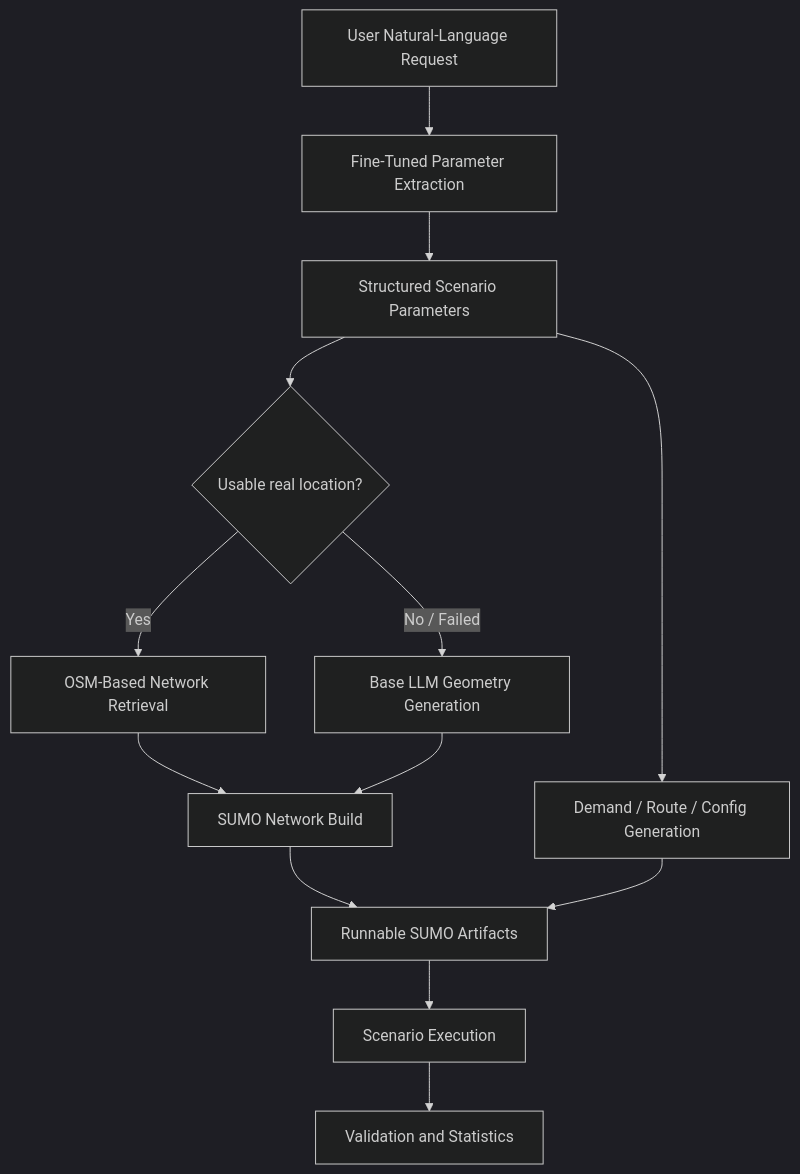
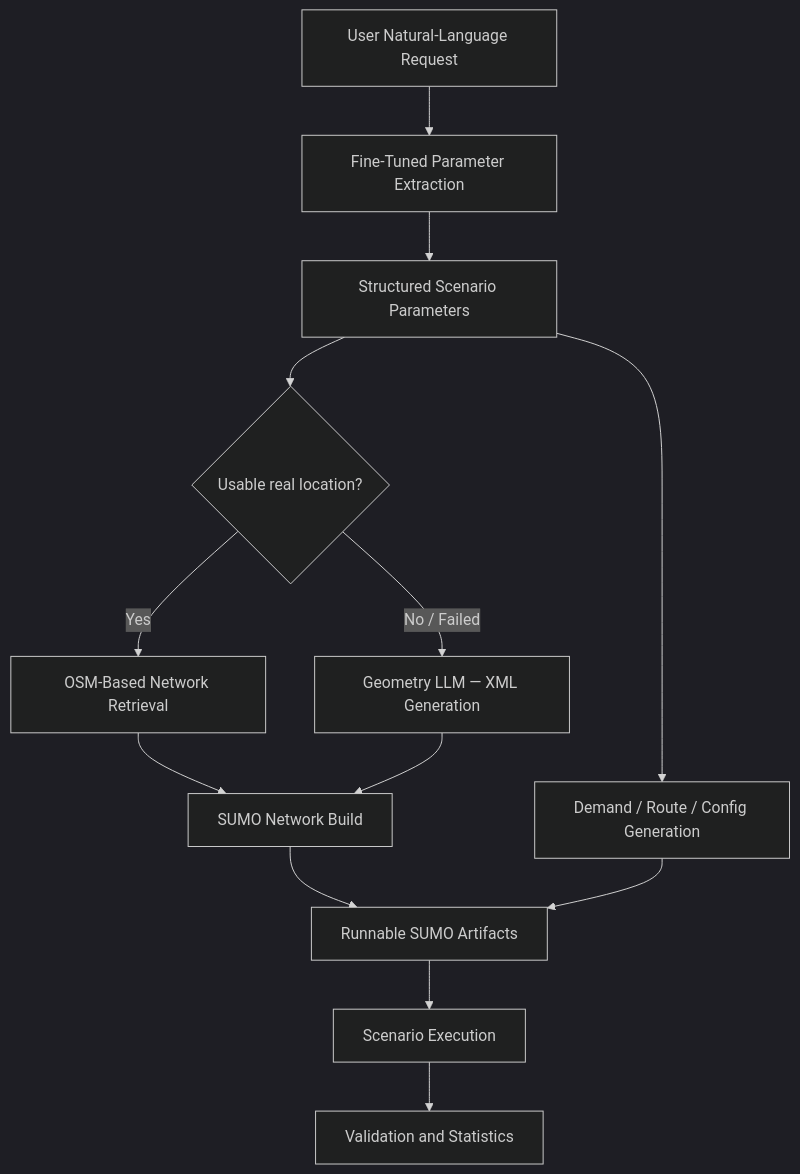
The second of 7 diagrams in README.md (sewon-p/sumo-traffic-agent), drawn with Mermaid (dark theme) before and after one commit. The commit also changed other lines of this file and 23 other files, not shown here.

````diff
--- a/README.md
+++ b/README.md
@@ -40,15 +139,15 @@
 ```mermaid
 flowchart TD
     A[User Natural-Language Request] --> B[Fine-Tuned Parameter Extraction]
     B --> C[Structured Scenario Parameters]
     C --> D{Usable real location?}
     D -- Yes --> E[OSM-Based Network Retrieval]
-    D -- No / Failed --> F[Base LLM Geometry Generation]
+    D -- No / Failed --> F[Geometry LLM — XML Generation]
     E --> G[SUMO Network Build]
     F --> G
     C --> H[Demand / Route / Config Generation]
     G --> I[Runnable SUMO Artifacts]
     H --> I
     I --> J[Scenario Execution]
     J --> K[Validation and Statistics]
 ```
````
